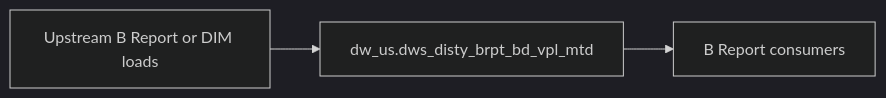
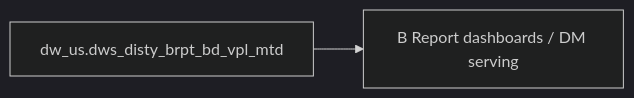
Before and after one commit to chengduhaha/data_agent: the diagram in backend/defaults/b_report/workspace/target/knowledgebase/b-report-us/dws_disty_brpt_bd_vpl_mtd.md, drawn with Mermaid (dark theme). The commit also changed other lines of this file and 1108 other files, not shown here.

````diff
--- a/backend/defaults/b_report/workspace/target/knowledgebase/b-report-us/dws_disty_brpt_bd_vpl_mtd.md
+++ b/backend/defaults/b_report/workspace/target/knowledgebase/b-report-us/dws_disty_brpt_bd_vpl_mtd.md
@@ -155,8 +282,6 @@
 ```mermaid
 flowchart LR
-  upstream[Upstream B Report or DIM loads]
-  tgt["dw_us.dws_disty_brpt_bd_vpl_mtd"]
-  brpt[B Report consumers]
-  upstream --> tgt
-  tgt --> brpt
+  dw_us_dws_disty_brpt_bd_vpl_mtd["dw_us.dws_disty_brpt_bd_vpl_mtd"]
+  consumers["B Report dashboards / DM serving"]
+  dw_us_dws_disty_brpt_bd_vpl_mtd --> consumers
 ```
````
